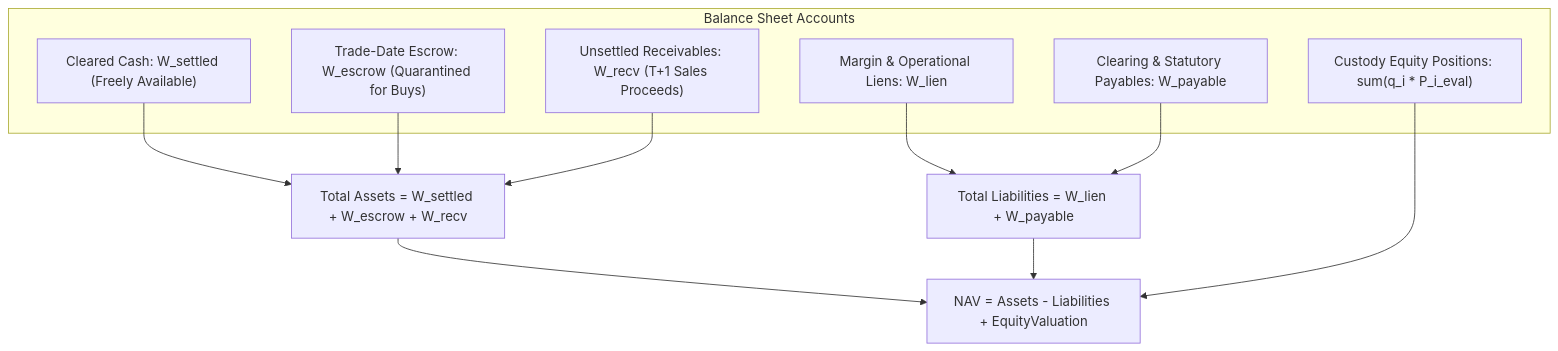
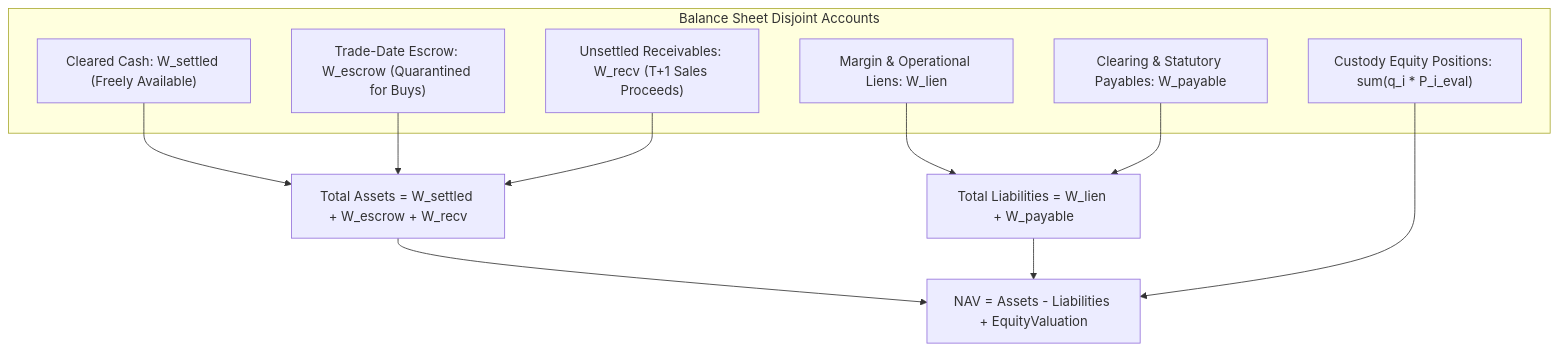
Before and after one commit to 2k25it2514261-cloud/alphaniti: the third of 4 diagrams in README.md, drawn with Mermaid. The commit also changed other lines of this file, not shown here.

````diff
--- a/README.md
+++ b/README.md
@@ -392,15 +415,20 @@
 ```mermaid
-graph TD
-    subgraph Balance Sheet Accounts
+flowchart TD
+    subgraph Accounts ["Balance Sheet Disjoint Accounts"]
         A1["Cleared Cash: W_settled (Freely Available)"]
         A2["Trade-Date Escrow: W_escrow (Quarantined for Buys)"]
         A3["Unsettled Receivables: W_recv (T+1 Sales Proceeds)"]
         L1["Margin & Operational Liens: W_lien"]
         L2["Clearing & Statutory Payables: W_payable"]
         E["Custody Equity Positions: sum(q_i * P_i_eval)"]
     end
     
-    A1 & A2 & A3 --> Assets["Total Assets = W_settled + W_escrow + W_recv"]
-    L1 & L2 --> Liab["Total Liabilities = W_lien + W_payable"]
-    Assets & Liab & E --> NAV["NAV = Assets - Liabilities + EquityValuation"]
+    A1 --> Assets["Total Assets = W_settled + W_escrow + W_recv"]
+    A2 --> Assets
+    A3 --> Assets
+    L1 --> Liab["Total Liabilities = W_lien + W_payable"]
+    L2 --> Liab
+    Assets --> NAV["NAV = Assets - Liabilities + EquityValuation"]
+    Liab --> NAV
+    E --> NAV
 ```
````
